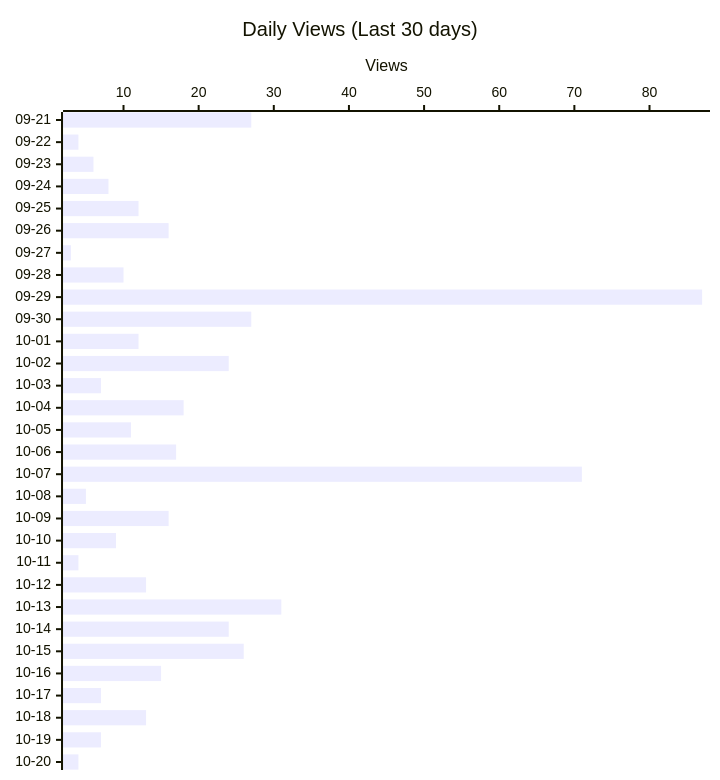
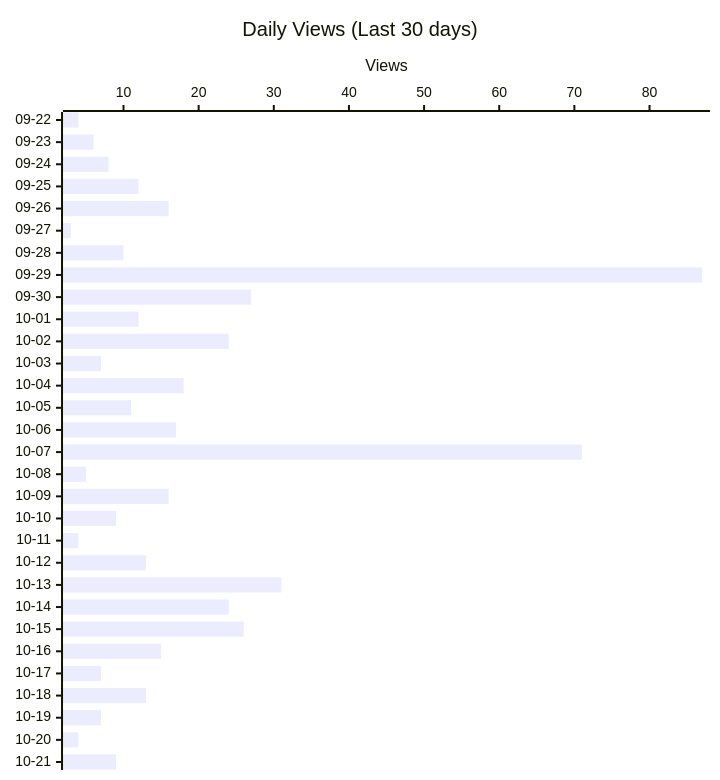
One commit to shigechika/github-insights changed the second of 4 diagrams in README.md. Above: the diagram before and after it, drawn with Mermaid. The commit also changed other lines of this file and 2 other files, not shown here.

````diff
--- a/README.md
+++ b/README.md
@@ -28,12 +28,12 @@
 ```mermaid
 ---
 config:
   xyChart:
     height: 760
 ---
 xychart-beta horizontal
     title "Daily Views (Last 30 days)"
-    x-axis ["09-21", "09-22", "09-23", "09-24", "09-25", "09-26", "09-27", "09-28", "09-29", "09-30", "10-01", "10-02", "10-03", "10-04", "10-05", "10-06", "10-07", "10-08", "10-09", "10-10", "10-11", "10-12", "10-13", "10-14", "10-15", "10-16", "10-17", "10-18", "10-19", "10-20"]
+    x-axis ["09-22", "09-23", "09-24", "09-25", "09-26", "09-27", "09-28", "09-29", "09-30", "10-01", "10-02", "10-03", "10-04", "10-05", "10-06", "10-07", "10-08", "10-09", "10-10", "10-11", "10-12", "10-13", "10-14", "10-15", "10-16", "10-17", "10-18", "10-19", "10-20", "10-21"]
     y-axis "Views"
-    bar [27, 4, 6, 8, 12, 16, 3, 10, 87, 27, 12, 24, 7, 18, 11, 17, 71, 5, 16, 9, 4, 13, 31, 24, 26, 15, 7, 13, 7, 4]
+    bar [4, 6, 8, 12, 16, 3, 10, 87, 27, 12, 24, 7, 18, 11, 17, 71, 5, 16, 9, 4, 13, 31, 24, 26, 15, 7, 13, 7, 4, 9]
 ```
````
